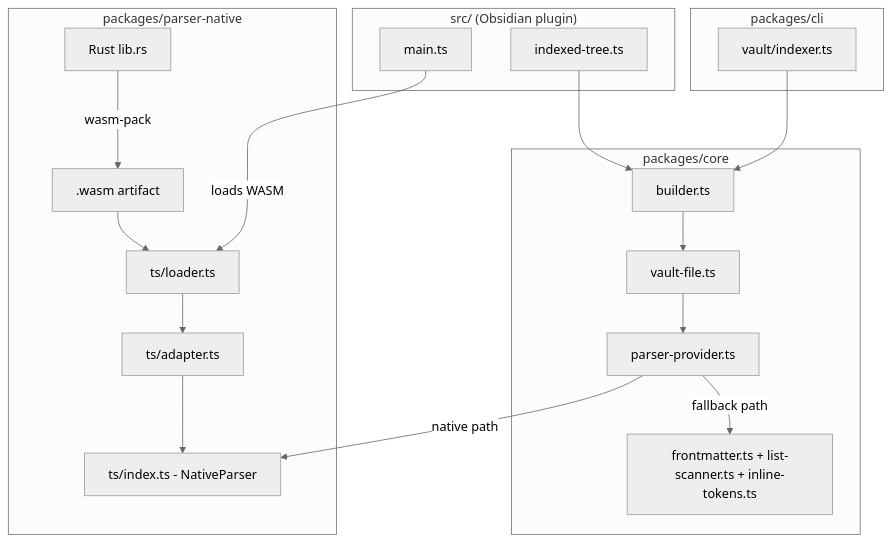
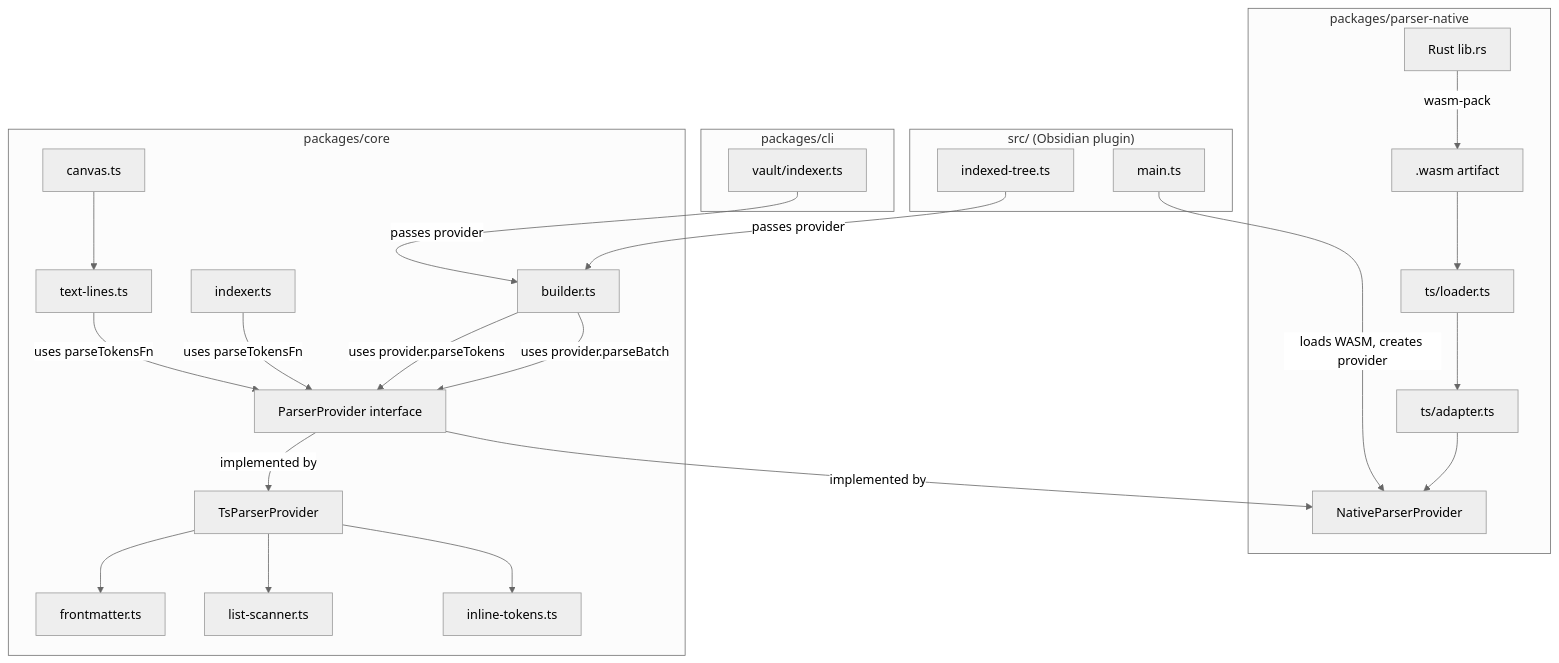
The diagram in prospect/features/improve-indexing-performance-for-obsidian-tree-search/design.md (catacgc/obsidian-tree-search), drawn with Mermaid (neutral theme) before and after one commit. The commit also changed other lines of this file, not shown here.

Commit message:
manny: feature_architect — improve-indexing-performance-for-obsidian-tree-search

````diff
--- a/prospect/features/improve-indexing-performance-for-obsidian-tree-search/design.md
+++ b/prospect/features/improve-indexing-performance-for-obsidian-tree-search/design.md
@@ -41,25 +49,32 @@
 ```mermaid
 graph TD
     subgraph "packages/parser-native"
         RUST[Rust lib.rs] -->|wasm-pack| WASM[.wasm artifact]
         WASM --> LOADER[ts/loader.ts]
         LOADER --> ADAPTER[ts/adapter.ts]
-        ADAPTER --> API[ts/index.ts - NativeParser]
+        ADAPTER --> NATIVE_PROVIDER[NativeParserProvider]
     end
 
     subgraph "packages/core"
-        PROVIDER[parser-provider.ts] -->|native path| API
-        PROVIDER -->|fallback path| TS_PARSER[frontmatter.ts + list-scanner.ts + inline-tokens.ts]
-        VAULT_FILE[vault-file.ts] --> PROVIDER
-        BUILDER[builder.ts] --> VAULT_FILE
+        PROVIDER_IF[ParserProvider interface] -->|implemented by| NATIVE_PROVIDER
+        PROVIDER_IF -->|implemented by| TS_PROVIDER[TsParserProvider]
+        TS_PROVIDER --> TS_FMATTER[frontmatter.ts]
+        TS_PROVIDER --> TS_SCANNER[list-scanner.ts]
+        TS_PROVIDER --> TS_TOKENS[inline-tokens.ts]
+
+        BUILDER[builder.ts] -->|uses provider.parseBatch| PROVIDER_IF
+        BUILDER -->|uses provider.parseTokens| PROVIDER_IF
+        INDEXER[indexer.ts] -->|uses parseTokensFn| PROVIDER_IF
+        TEXT_LINES[text-lines.ts] -->|uses parseTokensFn| PROVIDER_IF
+        CANVAS[canvas.ts] --> TEXT_LINES
     end
 
     subgraph "src/ (Obsidian plugin)"
-        MAIN[main.ts] -->|loads WASM| LOADER
-        INDEXED_TREE[indexed-tree.ts] --> BUILDER
+        MAIN[main.ts] -->|loads WASM, creates provider| NATIVE_PROVIDER
+        INDEXED_TREE[indexed-tree.ts] -->|passes provider| BUILDER
     end
 
     subgraph "packages/cli"
-        CLI_INDEXER[vault/indexer.ts] --> BUILDER
+        CLI_INDEXER[vault/indexer.ts] -->|passes provider| BUILDER
     end
 ```
````
